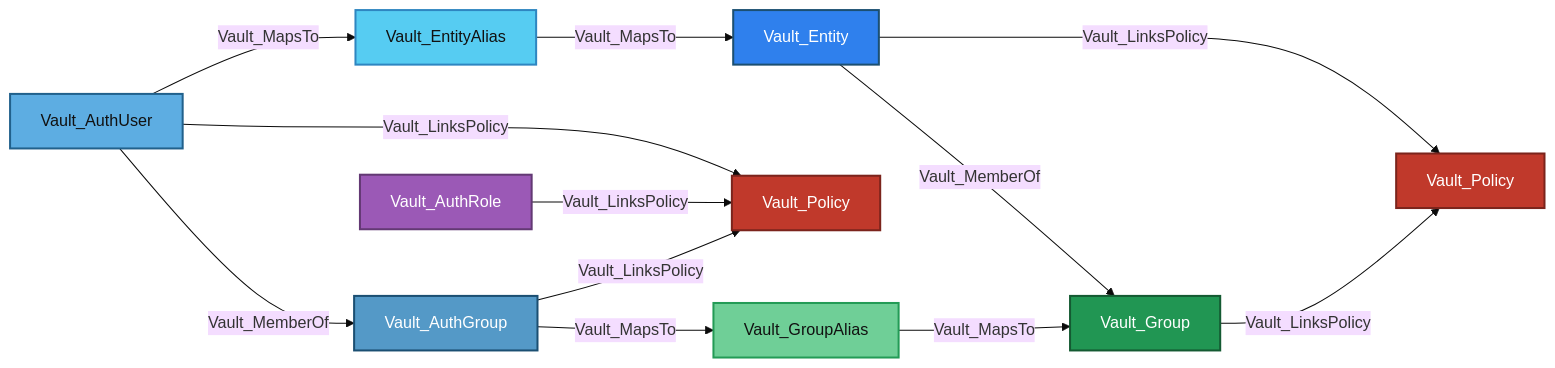
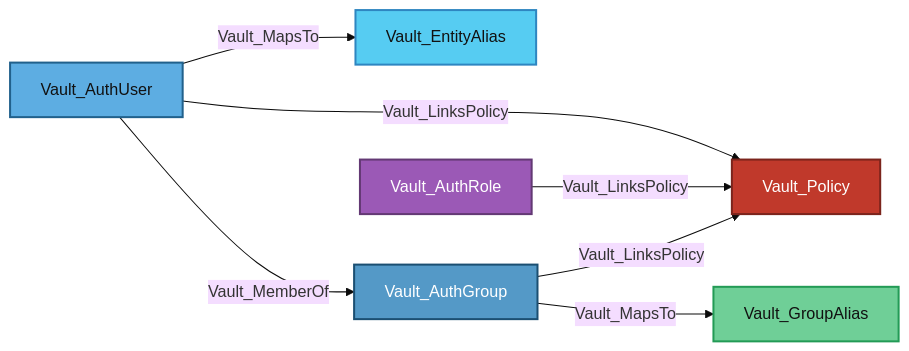
Before and after one commit to bytewreck/opengraph-vault: the third of 28 diagrams in Documentation/stores/AUTH.md, drawn with Mermaid (base theme). The commit also changed other lines of this file and 5 other files, not shown here.

````diff
--- a/Documentation/stores/AUTH.md
+++ b/Documentation/stores/AUTH.md
@@ -153,23 +152,16 @@
 ```mermaid
 flowchart LR
     AU[Vault_AuthUser]:::authUserNode -->|Vault_MapsTo| EA[Vault_EntityAlias]:::entityAliasNode
-    EA -->|Vault_MapsTo| VE[Vault_Entity]:::entityNode
     AU -->|Vault_LinksPolicy| P1[Vault_Policy]:::policyNode
     AR[Vault_AuthRole]:::authRoleNode -->|Vault_LinksPolicy| P1
     AG[Vault_AuthGroup]:::authGroupNode -->|Vault_MapsTo| GA[Vault_GroupAlias]:::groupAliasNode
-    VE -->|Vault_MemberOf| VG[Vault_Group]:::groupNode
-    GA -->|Vault_MapsTo| VG
     AG -->|Vault_LinksPolicy| P1
-    VE -->|Vault_LinksPolicy| P2[Vault_Policy]:::policyNode
-    VG -->|Vault_LinksPolicy| P2
     AU -->|Vault_MemberOf| AG
 
     classDef authRoleNode fill:#9B59B6,color:#fff,stroke:#633974,stroke-width:2px
     classDef authUserNode fill:#5DADE2,color:#111,stroke:#21618C,stroke-width:2px
     classDef authGroupNode fill:#5499C7,color:#fff,stroke:#1B4F72,stroke-width:2px
-    classDef entityNode fill:#2F80ED,color:#fff,stroke:#1B4F72,stroke-width:2px
     classDef entityAliasNode fill:#56CCF2,color:#111,stroke:#2E86C1,stroke-width:2px
-    classDef groupNode fill:#219653,color:#fff,stroke:#145A32,stroke-width:2px
     classDef groupAliasNode fill:#6FCF97,color:#111,stroke:#239B56,stroke-width:2px
     classDef policyNode fill:#C0392B,color:#fff,stroke:#7B241C,stroke-width:2px
 ```
````
